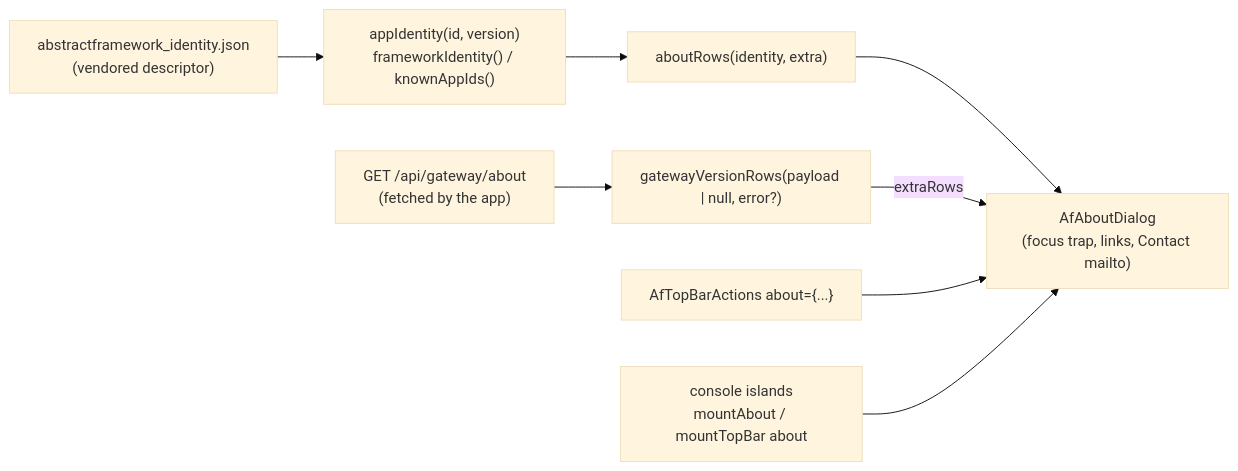
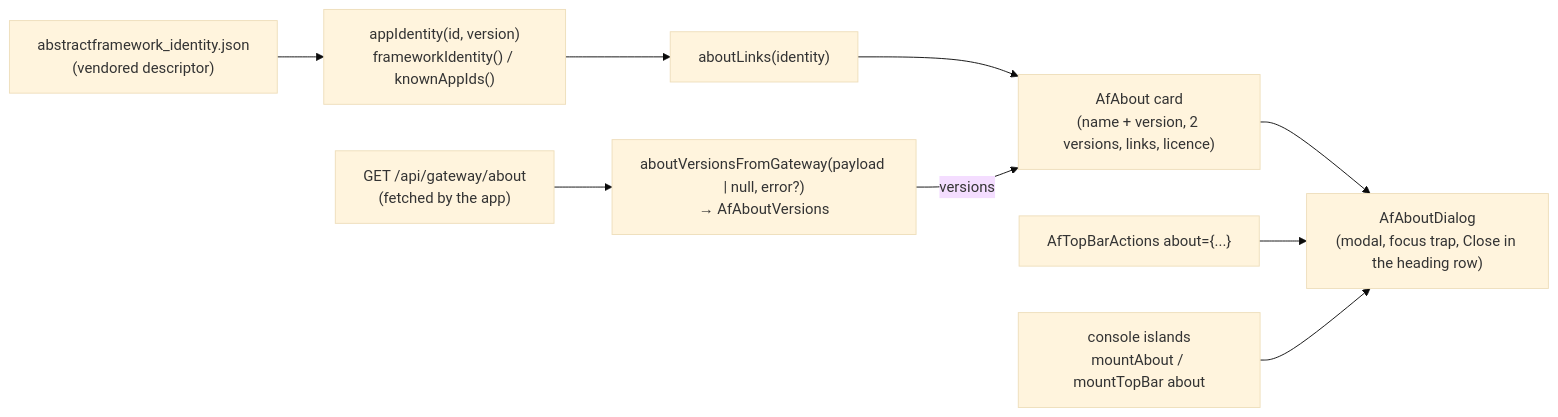
One commit to lpalbou/AbstractUIC changed the sixth of 8 diagrams in docs/architecture.md. Above: the diagram before and after it, drawn with Mermaid (base theme). The commit also changed other lines of this file and 9 other files, not shown here.

Commit message:
docs: compact About card, AfAudioPlayer, Unarchive control, islands API 2 (ui-kit 0.7.0, panel-chat 0.3.1 unreleased); llms regenerated

````diff
--- a/docs/architecture.md
+++ b/docs/architecture.md
@@ -252,16 +255,18 @@
 ```mermaid
 flowchart LR
   DESC["abstractframework_identity.json<br/>(vendored descriptor)"]
   ID["appIdentity(id, version)<br/>frameworkIdentity() / knownAppIds()"]
-  ROWS["aboutRows(identity, extra)"]
-  GWROWS["gatewayVersionRows(payload | null, error?)"]
+  LINKS["aboutLinks(identity)"]
+  VERS["aboutVersionsFromGateway(payload | null, error?)<br/>→ AfAboutVersions"]
   ABOUTAPI["GET /api/gateway/about<br/>(fetched by the app)"]
-  DLG["AfAboutDialog<br/>(focus trap, links, Contact mailto)"]
+  CARD["AfAbout card<br/>(name + version, 2 versions, links, licence)"]
+  DLG["AfAboutDialog<br/>(modal, focus trap, Close in the heading row)"]
   TOP["AfTopBarActions about={...}"]
   ISL["console islands<br/>mountAbout / mountTopBar about"]
 
-  DESC --> ID --> ROWS --> DLG
-  ABOUTAPI --> GWROWS -->|"extraRows"| DLG
+  DESC --> ID --> LINKS --> CARD
+  ABOUTAPI --> VERS -->|"versions"| CARD
+  CARD --> DLG
   TOP --> DLG
   ISL --> DLG
 ```
````
